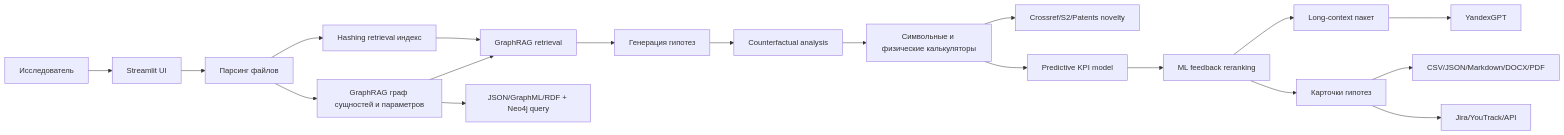
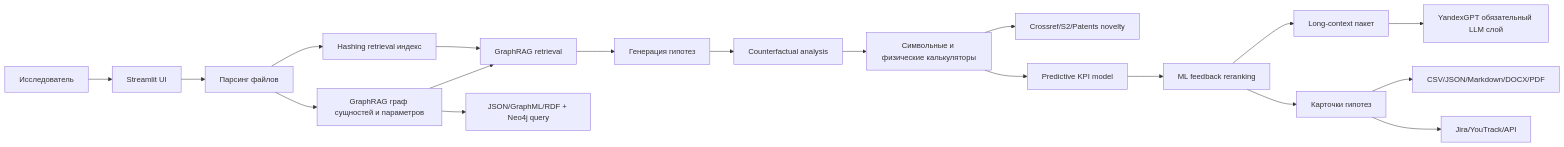
One commit to baxic-top-projects/hackaton changed the diagram in README.md. Above: the diagram before and after it, drawn with Mermaid. The commit also changed other lines of this file and 2 other files, not shown here.

````diff
--- a/README.md
+++ b/README.md
@@ -239,21 +241,21 @@
 ```mermaid
 flowchart LR
     user["Исследователь"] --> ui["Streamlit UI"]
     ui --> ingestion["Парсинг файлов"]
     ingestion --> textIndex["Hashing retrieval индекс"]
     ingestion --> graphIndex["GraphRAG граф сущностей и параметров"]
     textIndex --> graphRetrieval["GraphRAG retrieval"]
     graphIndex --> graphStore["JSON/GraphML/RDF + Neo4j query"]
     graphIndex --> graphRetrieval
     graphRetrieval --> generator["Генерация гипотез"]
     generator --> counterfactual["Counterfactual analysis"]
     counterfactual --> calculators["Символьные и физические калькуляторы"]
     calculators --> novelty["Crossref/S2/Patents novelty"]
     calculators --> predictive["Predictive KPI model"]
     predictive --> feedback["ML feedback reranking"]
     feedback --> llmContext["Long-context пакет"]
-    llmContext --> yandex["YandexGPT"]
+    llmContext --> yandex["YandexGPT обязательный LLM слой"]
     feedback --> cards["Карточки гипотез"]
     cards --> exports["CSV/JSON/Markdown/DOCX/PDF"]
     cards --> trackers["Jira/YouTrack/API"]
 ```
````
